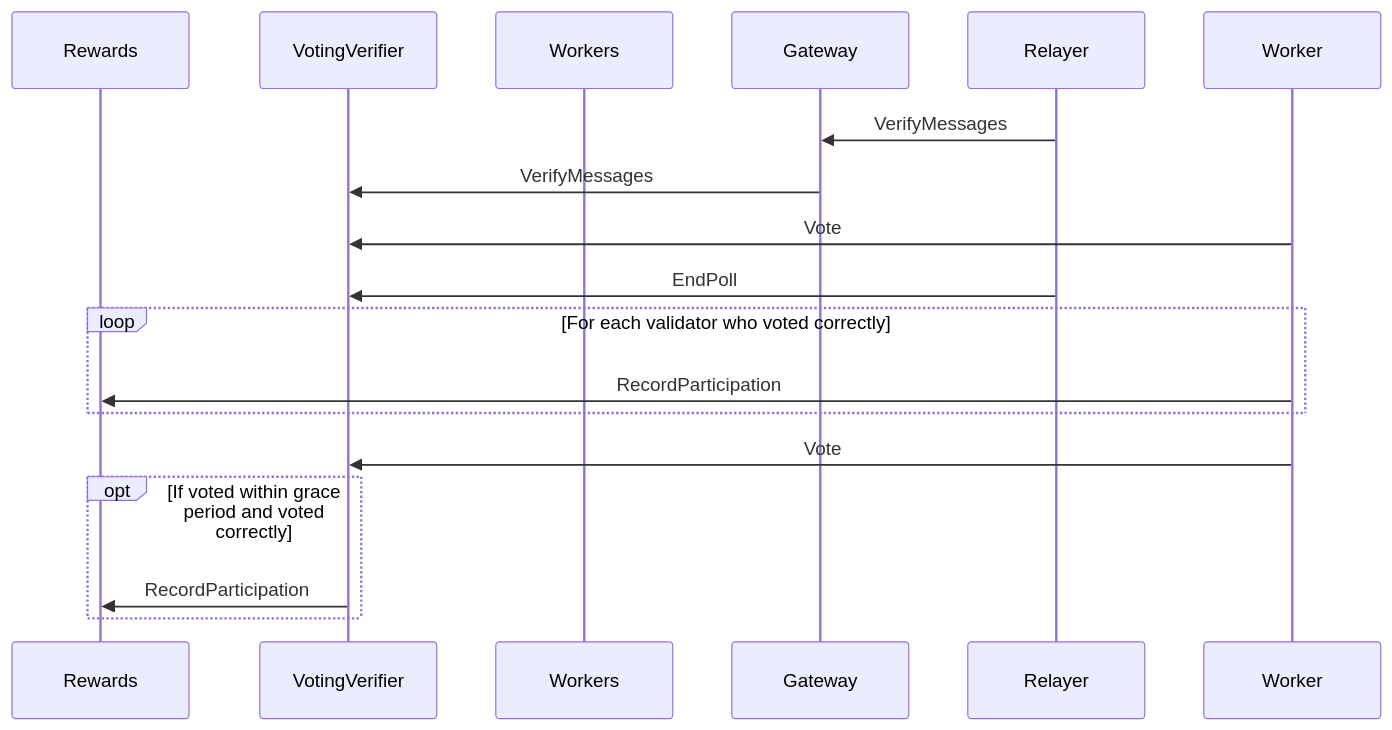
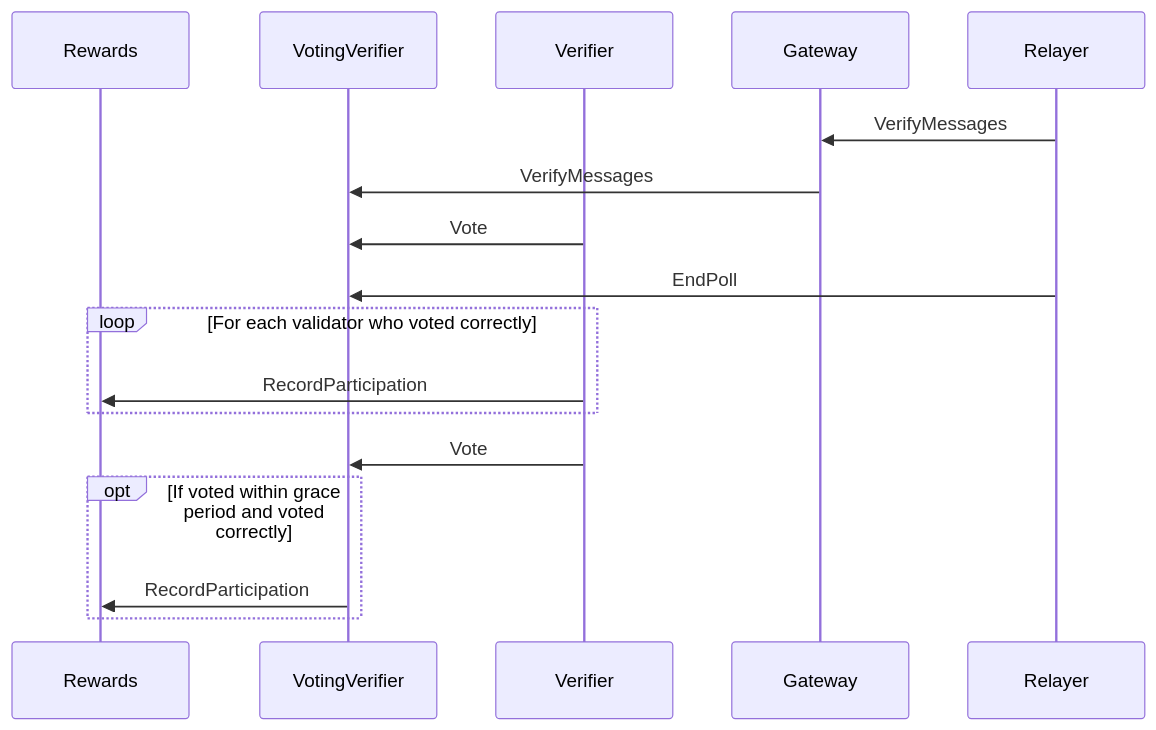
Before and after one commit to axelarnetwork/axelar-amplifier: the second of 3 diagrams in doc/src/contracts/rewards.md, drawn with Mermaid. The commit also changed other lines of this file and 7 other files, not shown here.

````diff
--- a/doc/src/contracts/rewards.md
+++ b/doc/src/contracts/rewards.md
@@ -33,20 +34,20 @@
 ```mermaid
 sequenceDiagram
 participant Rewards
 participant VotingVerifier
-participant Workers
+participant Verifier
 participant Gateway
 participant Relayer
 
 Relayer ->> Gateway: VerifyMessages
 Gateway ->> VotingVerifier: VerifyMessages
-Worker ->> VotingVerifier: Vote
+Verifier ->> VotingVerifier: Vote
 Relayer ->> VotingVerifier: EndPoll
 loop For each validator who voted correctly
-Worker ->> Rewards: RecordParticipation
+Verifier ->> Rewards: RecordParticipation
 end
-Worker ->> VotingVerifier: Vote
+Verifier ->> VotingVerifier: Vote
 opt If voted within grace period and voted correctly
 VotingVerifier ->> Rewards: RecordParticipation
 end
 ```
````
